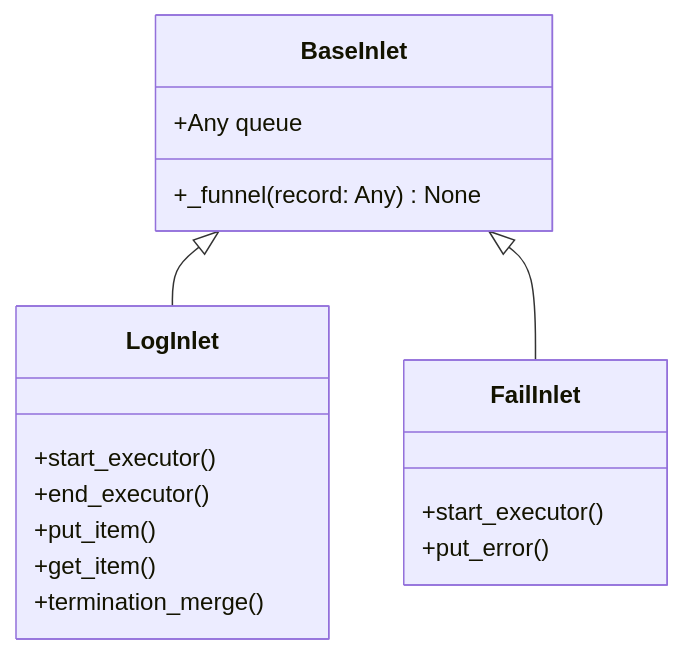
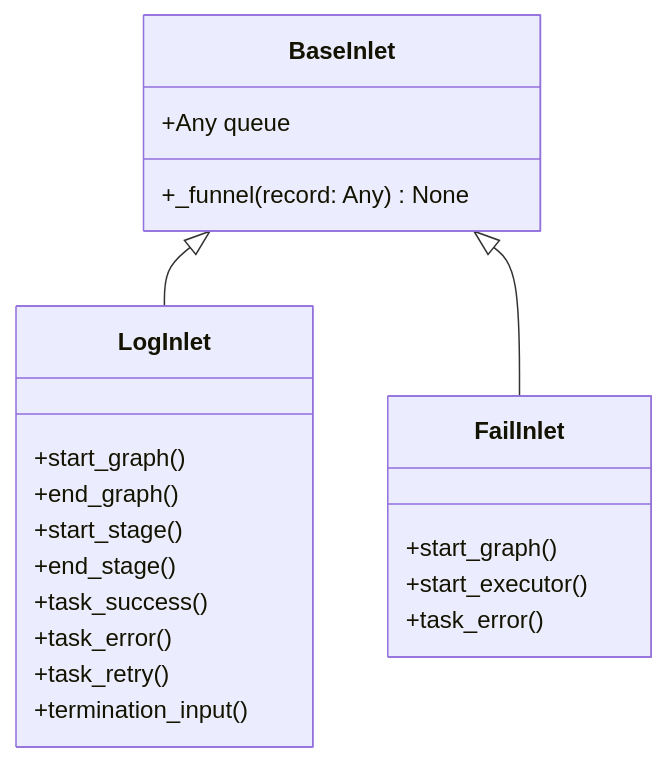
Before and after one commit to Mr-xiaotian/CelestialFlow: the diagram in docs/zh-CN/src/funnel/core_inlet.md, drawn with Mermaid. The commit also changed other lines of this file and 94 other files, not shown here.

````diff
--- a/docs/zh-CN/src/funnel/core_inlet.md
+++ b/docs/zh-CN/src/funnel/core_inlet.md
@@ -42,20 +42,24 @@
 ```mermaid
 classDiagram
     class BaseInlet {
         +Any queue
         +_funnel(record: Any) None
     }
     class LogInlet {
-        +start_executor()
-        +end_executor()
-        +put_item()
-        +get_item()
-        +termination_merge()
+        +start_graph()
+        +end_graph()
+        +start_stage()
+        +end_stage()
+        +task_success()
+        +task_error()
+        +task_retry()
+        +termination_input()
     }
     class FailInlet {
+        +start_graph()
         +start_executor()
-        +put_error()
+        +task_error()
     }
     BaseInlet <|-- LogInlet
     BaseInlet <|-- FailInlet
 ```
````
